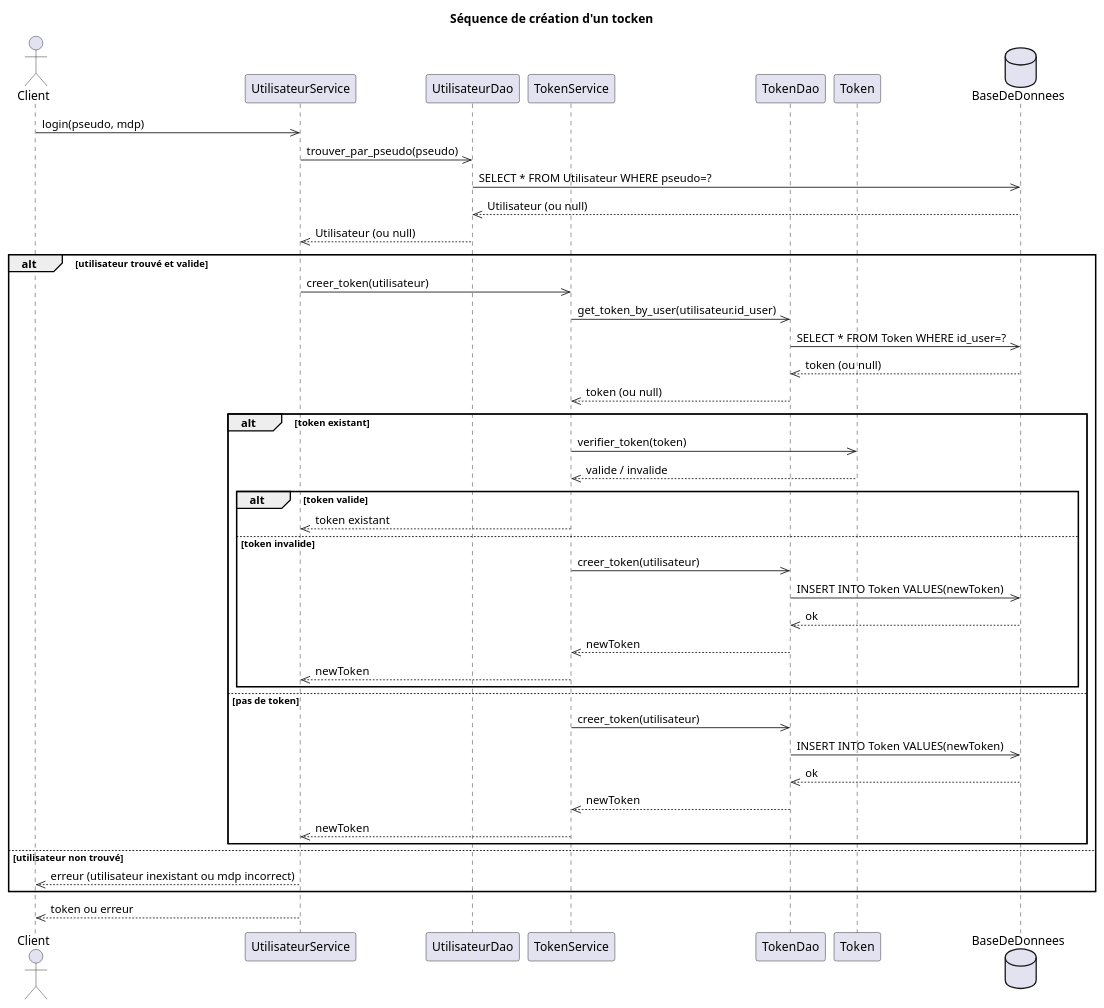
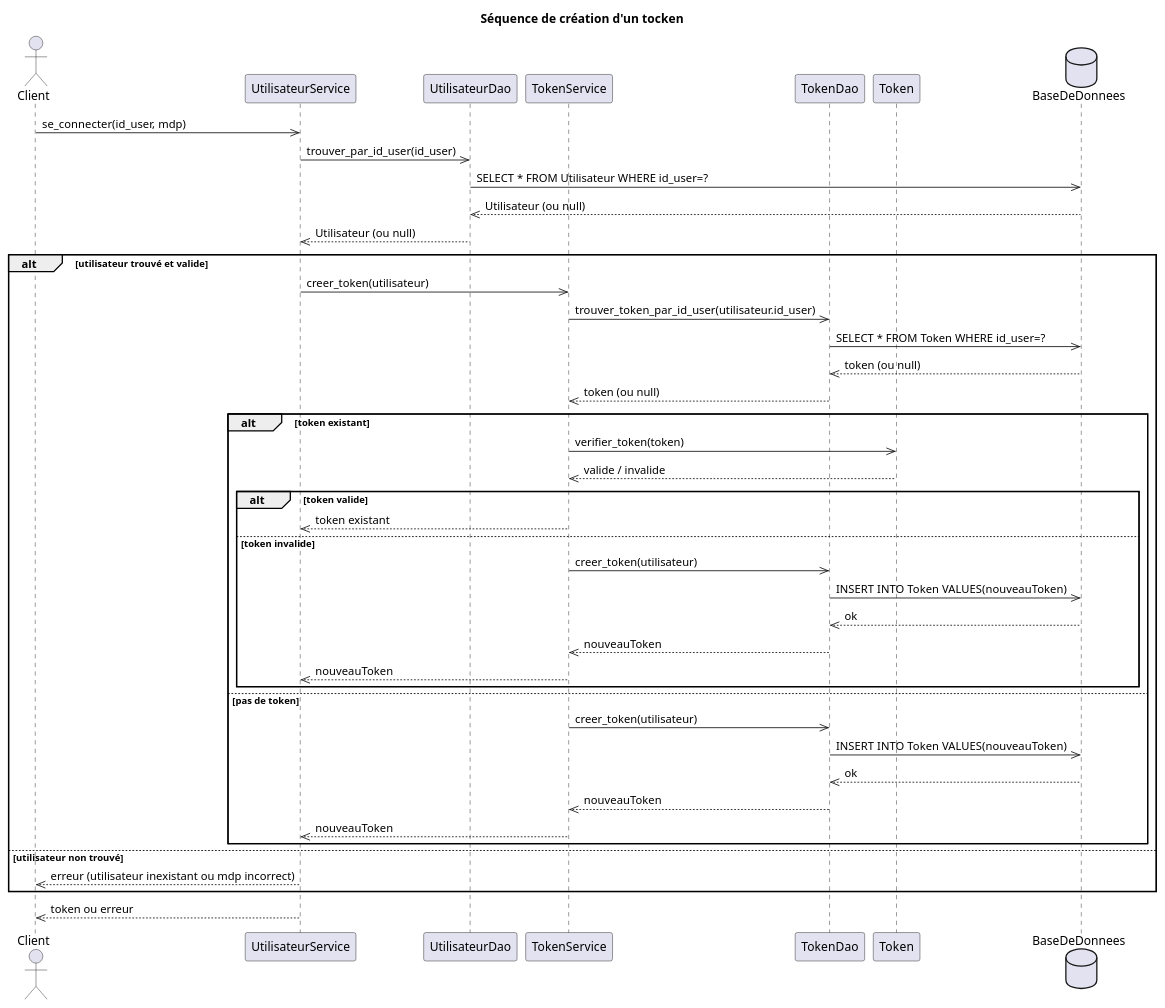
One commit to AdamLaporte/ENSAI-2A-projet-info-groupe-32 changed the diagram in doc/diag_sequence/creation_tocken.puml. Above: the diagram before and after it, drawn with PlantUML. The commit also changed 3 other files, not shown here.

```diff
--- a/doc/diag_sequence/creation_tocken.puml
+++ b/doc/diag_sequence/creation_tocken.puml
@@ -1,71 +1,71 @@
 @startuml
 
 /' 
 -------------------------------------------------------------------
   NOTICE D’UTILISATION DANS VSCODE 
 
   1. Installer Java et Graphviz dans l' environnement :
      - Ouvre un terminal puis tape :
          sudo apt update
          sudo apt install -y default-jre graphviz
 
   2. Dans VSCode :
      - Installer l’extension "PlantUML"
 
   3. Exécution :
      - Ouvrir ce fichier .puml dans VSCode
      - Appuyer sur ALT + D pour générer et prévisualiser le diagramme
 ------------------------------------------------------------------- 
 '/
 
 title Séquence de création d'un tocken
 actor Client
 
 participant "UtilisateurService" as UserService
 participant "UtilisateurDao" as UserDAO
 participant "TokenService" as TokenService
 participant "TokenDao" as TokenDAO
 participant "Token" as Token
 database "BaseDeDonnees" as BDD
 
-Client ->> UserService: login(pseudo, mdp)
-UserService ->> UserDAO: trouver_par_pseudo(pseudo)
-UserDAO ->> BDD: SELECT * FROM Utilisateur WHERE pseudo=?
+Client ->> UserService: se_connecter(id_user, mdp)
+UserService ->> UserDAO: trouver_par_id_user(id_user)
+UserDAO ->> BDD: SELECT * FROM Utilisateur WHERE id_user=?
 BDD -->> UserDAO: Utilisateur (ou null)
 UserDAO -->> UserService: Utilisateur (ou null)
 
 alt utilisateur trouvé et valide
     UserService ->> TokenService: creer_token(utilisateur)
 
-    TokenService ->> TokenDAO: get_token_by_user(utilisateur.id_user)
+    TokenService ->> TokenDAO: trouver_token_par_id_user(utilisateur.id_user)
     TokenDAO ->> BDD: SELECT * FROM Token WHERE id_user=?
     BDD -->> TokenDAO: token (ou null)
     TokenDAO -->> TokenService: token (ou null)
 
     alt token existant
         TokenService ->> Token: verifier_token(token)
         Token -->> TokenService: valide / invalide
 
         alt token valide
             TokenService -->> UserService: token existant
         else token invalide
             TokenService ->> TokenDAO: creer_token(utilisateur)
-            TokenDAO ->> BDD: INSERT INTO Token VALUES(newToken)
+            TokenDAO ->> BDD: INSERT INTO Token VALUES(nouveauToken)
             BDD -->> TokenDAO: ok
-            TokenDAO -->> TokenService: newToken
-            TokenService -->> UserService: newToken
+            TokenDAO -->> TokenService: nouveauToken
+            TokenService -->> UserService: nouveauToken
         end
     else pas de token
         TokenService ->> TokenDAO: creer_token(utilisateur)
-        TokenDAO ->> BDD: INSERT INTO Token VALUES(newToken)
+        TokenDAO ->> BDD: INSERT INTO Token VALUES(nouveauToken)
         BDD -->> TokenDAO: ok
-        TokenDAO -->> TokenService: newToken
-        TokenService -->> UserService: newToken
+        TokenDAO -->> TokenService: nouveauToken
+        TokenService -->> UserService: nouveauToken
     end
 
 else utilisateur non trouvé
     UserService -->> Client: erreur (utilisateur inexistant ou mdp incorrect)
 end
 
 UserService -->> Client: token ou erreur
 @enduml
```
